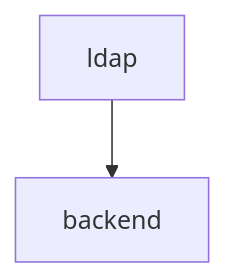
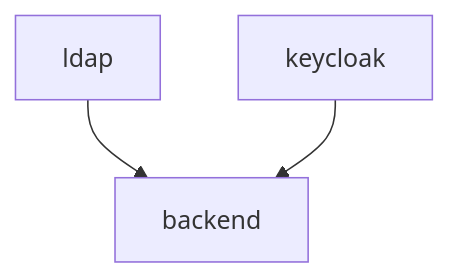
Before and after one commit to SciCatProject/scicatlive: the diagram in services/backend/README.md, drawn with Mermaid. The commit also changed 10 other files, not shown here.

````diff
--- a/services/backend/README.md
+++ b/services/backend/README.md
@@ -13,4 +13,5 @@
 ```mermaid
 graph TD
     ldap --> backend
+    keycloak --> backend
 ```
````
